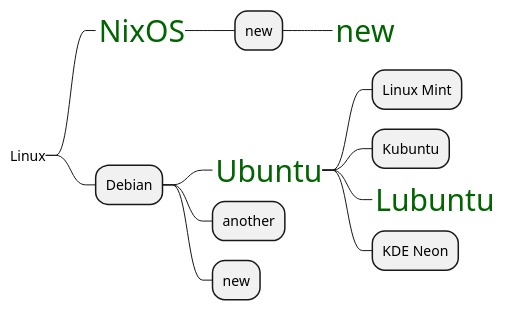
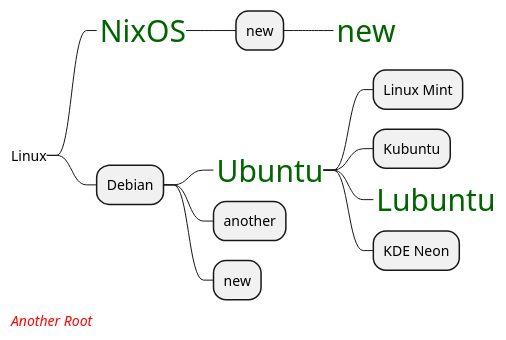
One commit to yasenstar/PlantUML_in_Action changed the diagram in 17_mindmap/17.07-17.12/17_10-2.puml. Above: the diagram before and after it, drawn with PlantUML. The commit also changed 3 other files, not shown here.

```diff
--- a/17_mindmap/17.07-17.12/17_10-2.puml
+++ b/17_mindmap/17.07-17.12/17_10-2.puml
@@ -1,26 +1,31 @@
 @startmindmap
 
 <style>
 mindmapDiagram {
     boxless {
         FontColor darkgreen
         FontName Impact
         FontSize 30
+    }
+    .root {
+        FontStyle italic
+        FontColor red
     }
 }
 </style>
 
 *_ Linux
     *_ NixOS
         * new
             *_ new
     * Debian
         *_ Ubuntu
             * Linux Mint
             * Kubuntu
             *_ Lubuntu
             * KDE Neon
         * another
         * new
+*_ Another Root <<root>>
 
 @endmindmap
```
